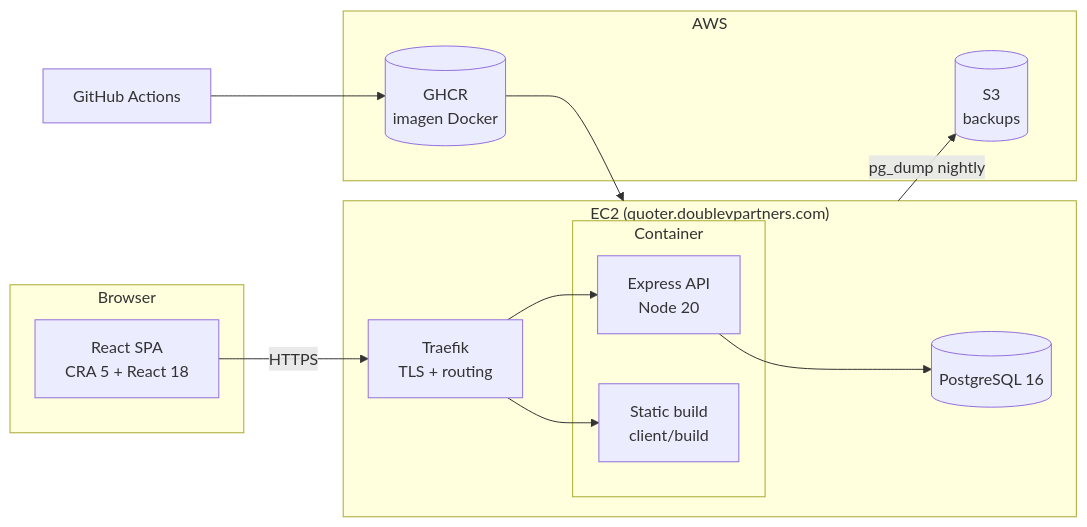
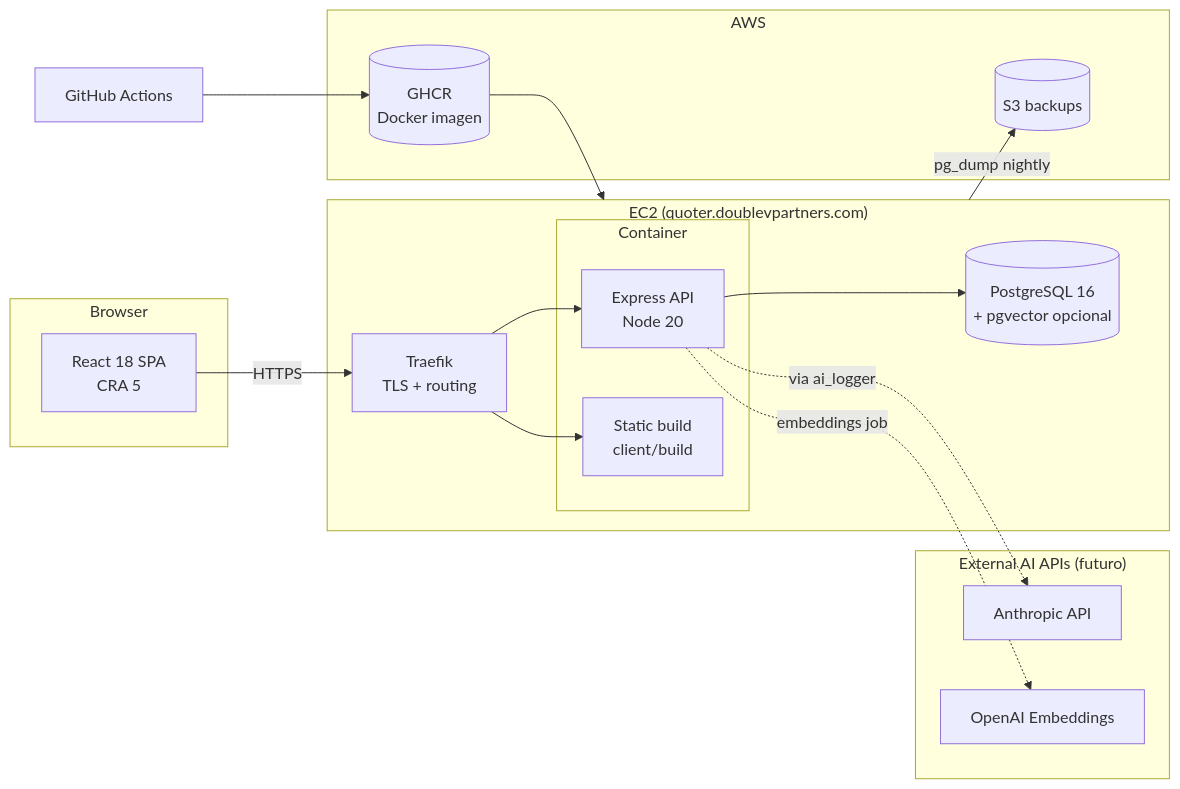
Before and after one commit to danielvillacamacho-collab/quoter-dvpnyx: the first of 4 diagrams in ARCHITECTURE.md, drawn with Mermaid. The commit also changed other lines of this file and 15 other files, not shown here.

````diff
--- a/ARCHITECTURE.md
+++ b/ARCHITECTURE.md
@@ -9,28 +29,35 @@
 ```mermaid
 flowchart LR
   subgraph Browser
-    SPA[React SPA<br/>CRA 5 + React 18]
+    SPA[React 18 SPA<br/>CRA 5]
   end
 
   subgraph EC2["EC2 (quoter.doublevpartners.com)"]
     Traefik[Traefik<br/>TLS + routing]
     subgraph Container
       Express[Express API<br/>Node 20]
       Static[Static build<br/>client/build]
     end
-    Postgres[(PostgreSQL 16)]
+    Postgres[(PostgreSQL 16<br/>+ pgvector opcional)]
   end
 
   subgraph AWS
-    S3[(S3<br/>backups)]
-    GHCR[(GHCR<br/>imagen Docker)]
+    S3[(S3 backups)]
+    GHCR[(GHCR<br/>Docker imagen)]
+  end
+
+  subgraph "External AI APIs (futuro)"
+    Claude[Anthropic API]
+    OAI[OpenAI Embeddings]
   end
 
   SPA -- HTTPS --> Traefik
   Traefik --> Express
   Traefik --> Static
   Express --> Postgres
+  Express -. via ai_logger .-> Claude
+  Express -. embeddings job .-> OAI
   CI[GitHub Actions] --> GHCR
   GHCR --> EC2
   EC2 -- pg_dump nightly --> S3
 ```
````
